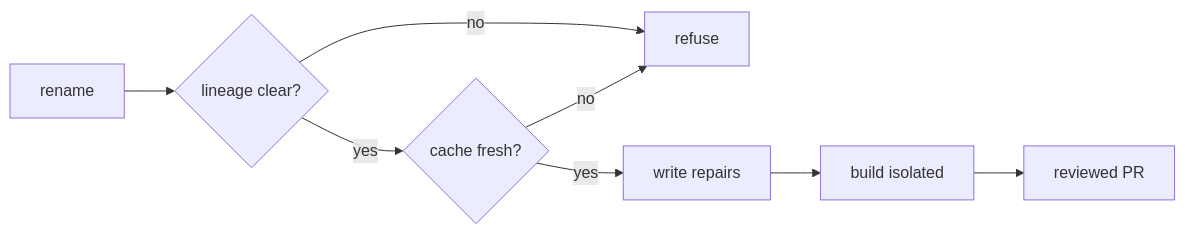
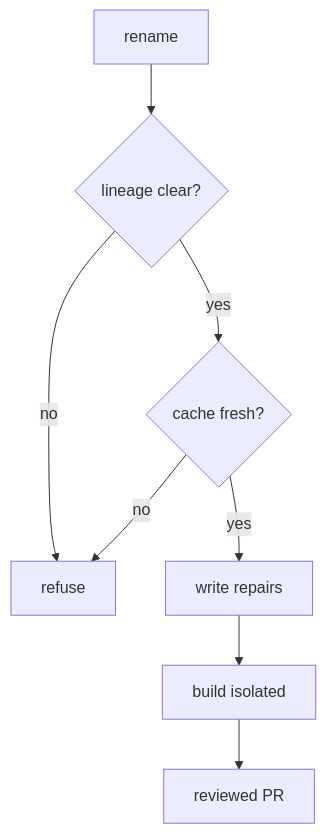
Before and after one commit to itxcrusher/itxcrusher: the diagram in README.md, drawn with Mermaid.

Commit message:
test: try TD layout to clear the right-edge controls

````diff
--- a/README.md
+++ b/README.md
@@ -43,10 +43,8 @@
 ```mermaid
-flowchart LR
+flowchart TD
   A[rename] --> B{lineage clear?}
   B -- no --> R[refuse]
   B -- yes --> C{cache fresh?}
   C -- no --> R
-  C -- yes --> D[write repairs]
-  D --> E[build isolated]
-  E --> F[reviewed PR]
+  C -- yes --> D[write repairs] --> E[build isolated] --> F[reviewed PR]
 ```
````
